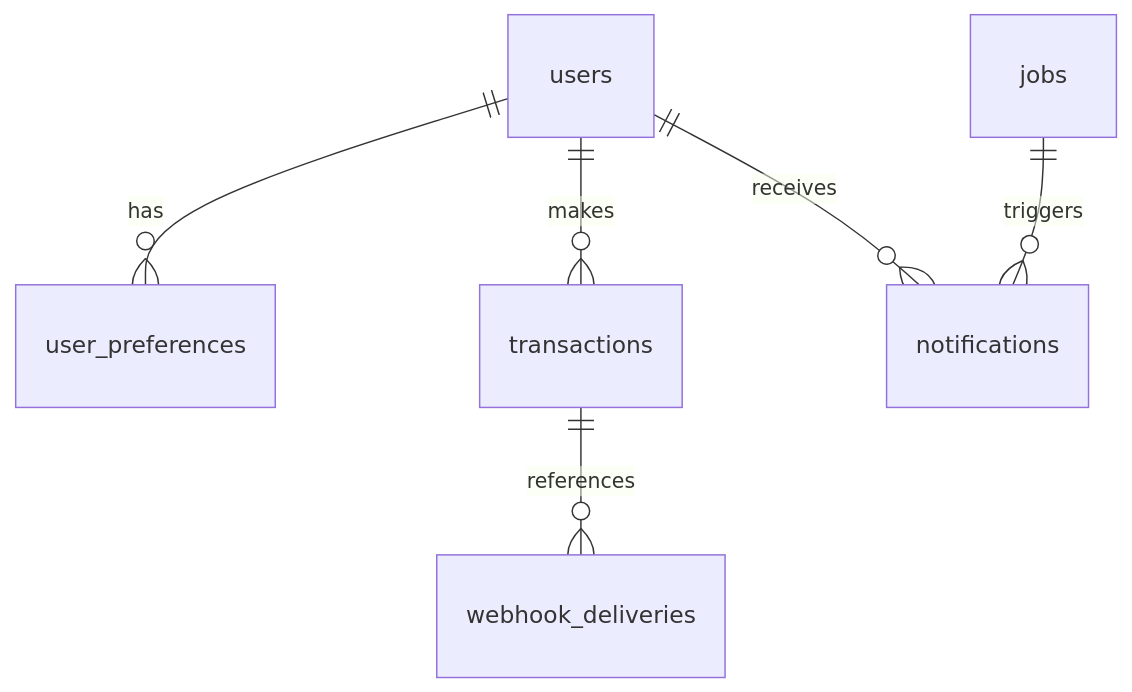
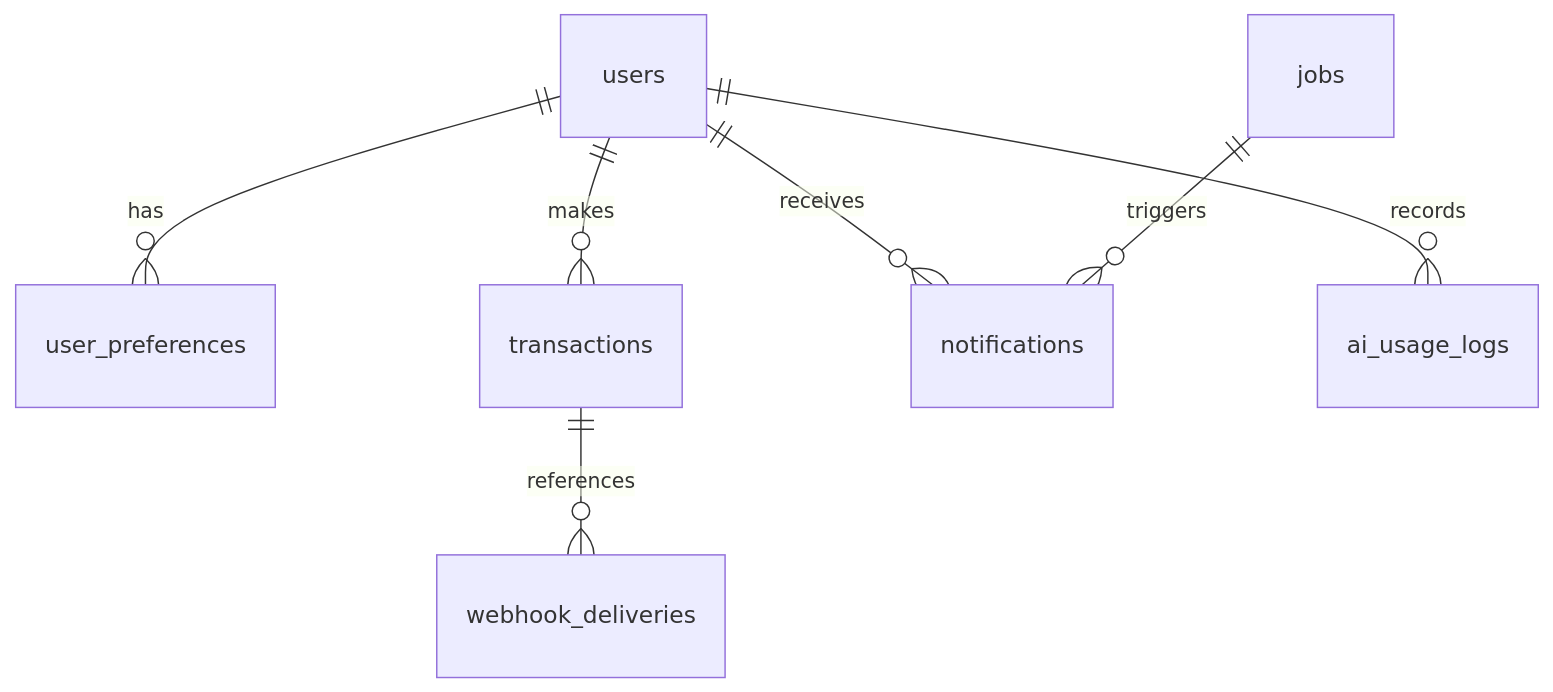
The diagram in docs/architecture/database.md (salmanabdurrahman/bisakerja.com), drawn with Mermaid before and after one commit. The commit also changed other lines of this file and 30 other files, not shown here.

````diff
--- a/docs/architecture/database.md
+++ b/docs/architecture/database.md
@@ -65,8 +65,9 @@
 ```mermaid
 erDiagram
     users ||--o{ user_preferences : has
     users ||--o{ transactions : makes
     users ||--o{ notifications : receives
+    users ||--o{ ai_usage_logs : records
     jobs ||--o{ notifications : triggers
     transactions ||--o{ webhook_deliveries : references
 ```
````
